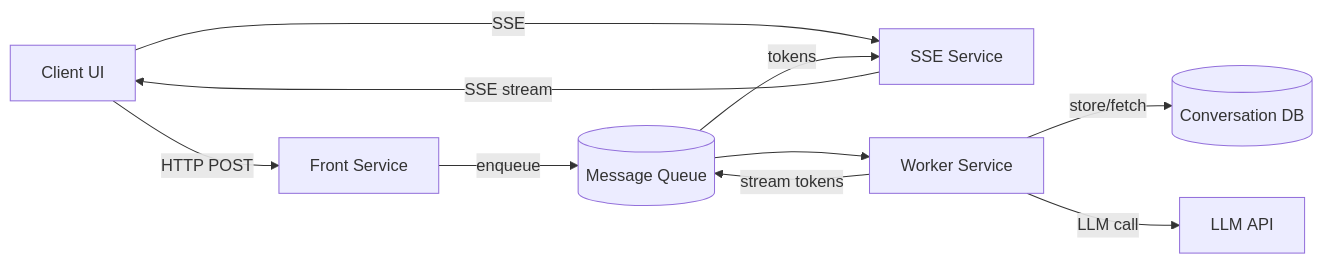
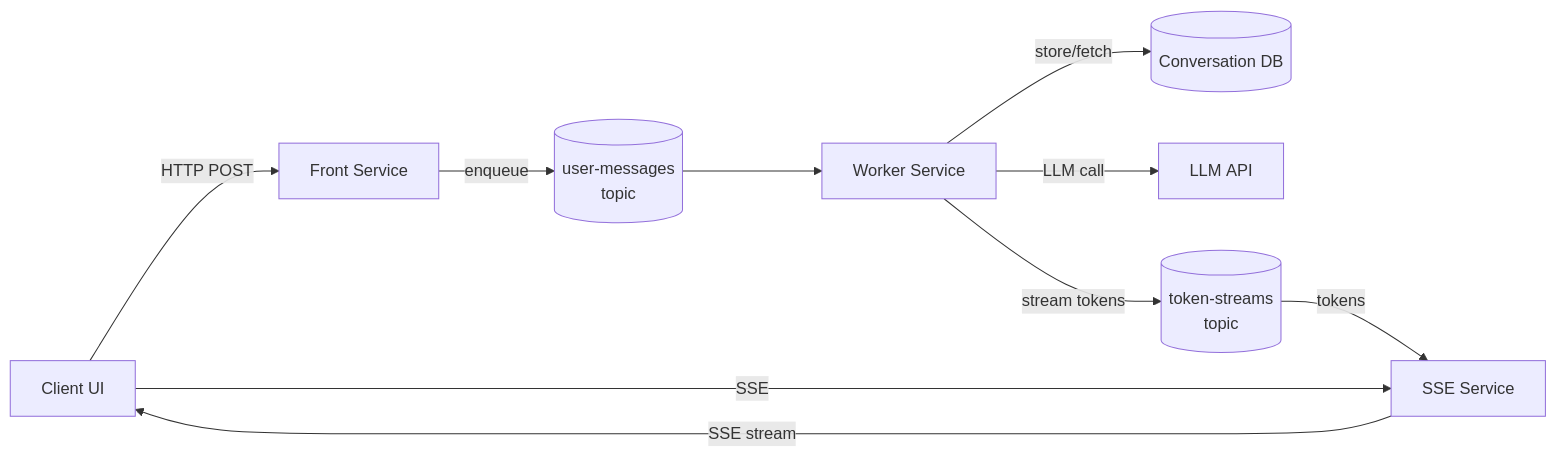
Before and after one commit to tkubica12/azure-workshops: the first of 2 diagrams in d-ai-app-patterns/scalable_chat/README.md, drawn with Mermaid. The commit also changed other lines of this file and 1 other file, not shown here.

````diff
--- a/d-ai-app-patterns/scalable_chat/README.md
+++ b/d-ai-app-patterns/scalable_chat/README.md
@@ -18,12 +18,12 @@
 ```mermaid
 flowchart LR
     Client[Client UI] -->|HTTP POST| Front[Front Service]
     Client -->|SSE| SSE[SSE Service]
-    Front -->|enqueue| Queue[(Message&nbsp;Queue)]
-    Queue --> Worker[Worker Service]
+    Front -->|enqueue| UserMsgTopic[(user-messages<br/>topic)]
+    UserMsgTopic --> Worker[Worker Service]
     Worker -->|store/fetch| DB[(Conversation&nbsp;DB)]
     Worker -->|LLM call| LLM[LLM&nbsp;API]
-    Worker -->|stream tokens| Queue
-    Queue -->|tokens| SSE
+    Worker -->|stream tokens| TokenTopic[(token-streams<br/>topic)]
+    TokenTopic -->|tokens| SSE
     SSE -->|SSE stream| Client
 ```
````
